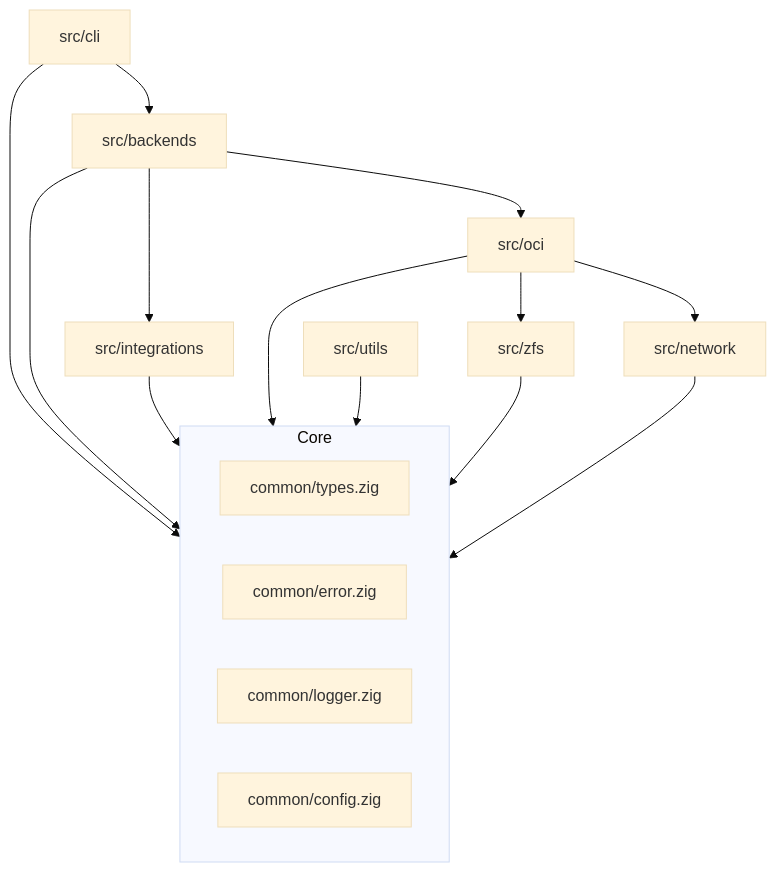
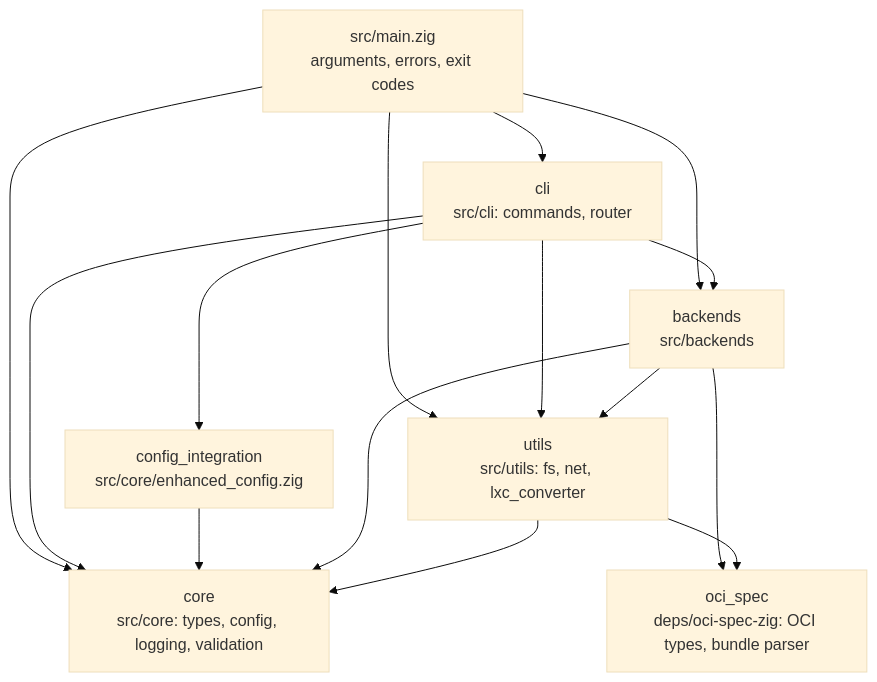
The diagram in docs/architecture/MODULES.md (CageForge/nexcage), drawn with Mermaid (base theme) before and after one commit. The commit also changed other lines of this file and 52 other files, not shown here.

````diff
--- a/docs/architecture/MODULES.md
+++ b/docs/architecture/MODULES.md
@@ -3,31 +6,25 @@
 ```mermaid
 flowchart TB
-  subgraph Core
-    types[common/types.zig]
-    error[common/error.zig]
-    logger[common/logger.zig]
-    config[common/config.zig]
-  end
+  main["src/main.zig<br/>arguments, errors, exit codes"]
+  cli["cli<br/>src/cli: commands, router"]
+  core["core<br/>src/core: types, config, logging, validation"]
+  backends["backends<br/>src/backends"]
+  utils["utils<br/>src/utils: fs, net, lxc_converter"]
+  cfg["config_integration<br/>src/core/enhanced_config.zig"]
+  oci["oci_spec<br/>deps/oci-spec-zig: OCI types, bundle parser"]
 
-  cli[src/cli]
-  backends[src/backends]
-  integrations[src/integrations]
-  utils[src/utils]
-  oci[src/oci]
-  zfs[src/zfs]
-  network[src/network]
-
-  cli --> Core
-  backends --> Core
-  integrations --> Core
-  oci --> Core
-  utils --> Core
-  zfs --> Core
-  network --> Core
-
+  main --> cli
+  main --> core
+  main --> backends
+  main --> utils
+  cli --> core
   cli --> backends
+  cli --> utils
+  cli --> cfg
+  cfg --> core
+  backends --> core
+  backends --> utils
   backends --> oci
-  backends --> integrations
-  oci --> zfs
-  oci --> network
+  utils --> core
+  utils --> oci
 ```
````
